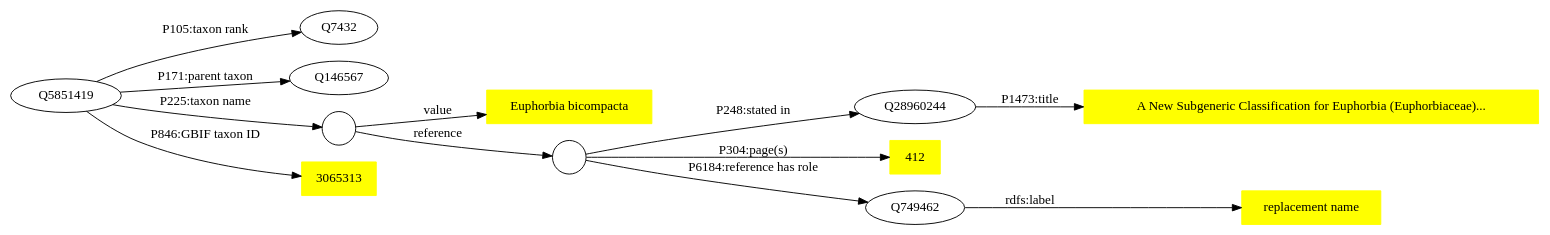
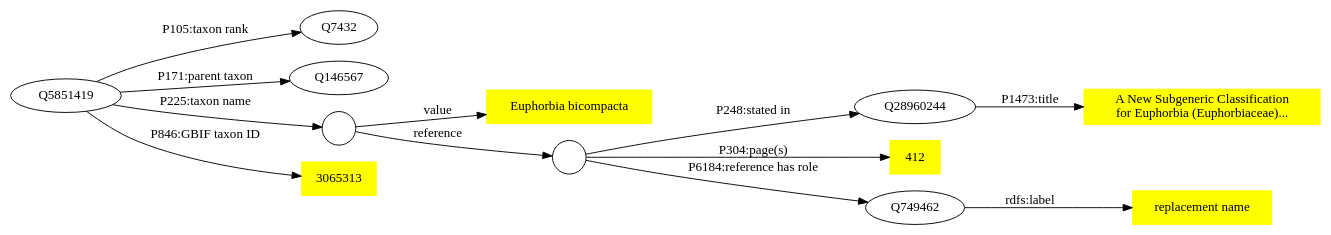
Before and after one commit to rdmpage/alec: the diagram in manuscript/taxonmodel.dot, drawn with Graphviz. The commit also changed 29 other files, not shown here.

```diff
--- a/manuscript/taxonmodel.dot
+++ b/manuscript/taxonmodel.dot
@@ -1,43 +1,43 @@
 digraph G {
 rankdir=LR;
 
 taxon [label="Q5851419"];
 taxonrank [label="Q7432"];
 parent [label="Q146567"];
 
 name [shape=rectangle, style=filled, color=yellow, label="Euphorbia bicompacta"];
 
 /* references */
 s1 [shape="circle", label=""];
 
 r1 [shape="circle", label=""];
 
 
 taxon -> s1 [label="P225:taxon name"];
 s1 -> name [label="value"];
 s1 -> r1 [label="reference"];
 
 item [label="Q28960244"];
-title [shape=rectangle, style=filled, color=yellow, label="A New Subgeneric Classification for Euphorbia (Euphorbiaceae)..."];
+title [shape=rectangle, style=filled, color=yellow, label="A New Subgeneric Classification \nfor Euphorbia (Euphorbiaceae)..."];
 pages [shape=rectangle, style=filled, color=yellow, label="412"];
 
 role [label="Q749462"];
 rolelabel [shape=rectangle, style=filled, color=yellow, label="replacement name"];
 
 r1 -> item [label="P248:stated in"];
 item -> title [label="P1473:title"];
 r1 -> pages [label="P304:page(s)"];
 r1 -> role [label="P6184:reference has role"];
 role -> rolelabel [label="rdfs:label"];
 
 
 
 taxon -> taxonrank [label="P105:taxon rank"];
 taxon -> parent [label="P171:parent taxon"];
 
 gbif [shape=rectangle, style=filled, color=yellow, label="3065313"];
 
 taxon -> gbif [label="P846:GBIF taxon ID"];
 
 
 }
```
